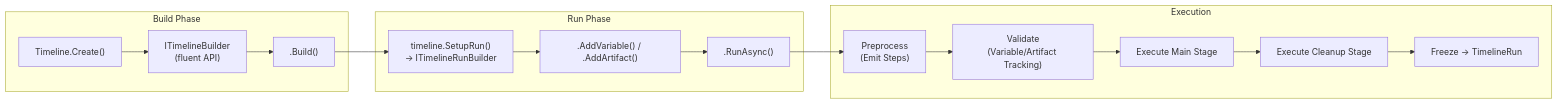
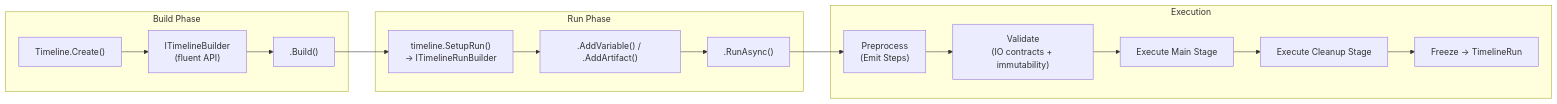
The first of 6 diagrams in Documentation/CoreArchitecture.md (DeadMoon0/TestFramework-Core), drawn with Mermaid before and after one commit. The commit also changed other lines of this file and 6 other files, not shown here.

````diff
--- a/Documentation/CoreArchitecture.md
+++ b/Documentation/CoreArchitecture.md
@@ -40,19 +41,19 @@
 ```mermaid
 flowchart LR
     subgraph Build Phase
         A["Timeline.Create()"] --> B["ITimelineBuilder\n(fluent API)"]
         B --> C[".Build()"]
     end
     subgraph Run Phase
         C --> D["timeline.SetupRun()\n→ ITimelineRunBuilder"]
         D --> E[".AddVariable() / .AddArtifact()"]
         E --> F[".RunAsync()"]
     end
     subgraph Execution
         F --> G["Preprocess\n(Emit Steps)"]
-        G --> H["Validate\n(Variable/Artifact Tracking)"]
+        G --> H["Validate\n(IO contracts + immutability)"]
         H --> I["Execute Main Stage"]
         I --> J["Execute Cleanup Stage"]
         J --> K["Freeze → TimelineRun"]
     end
 ```
````
